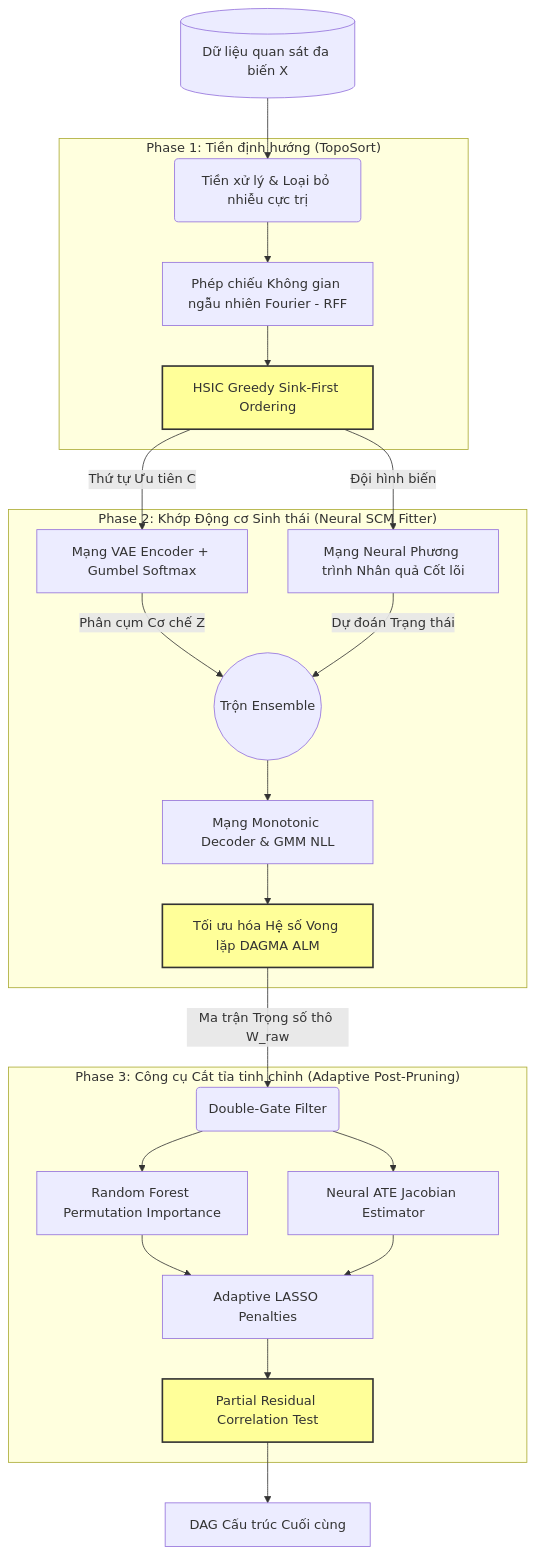
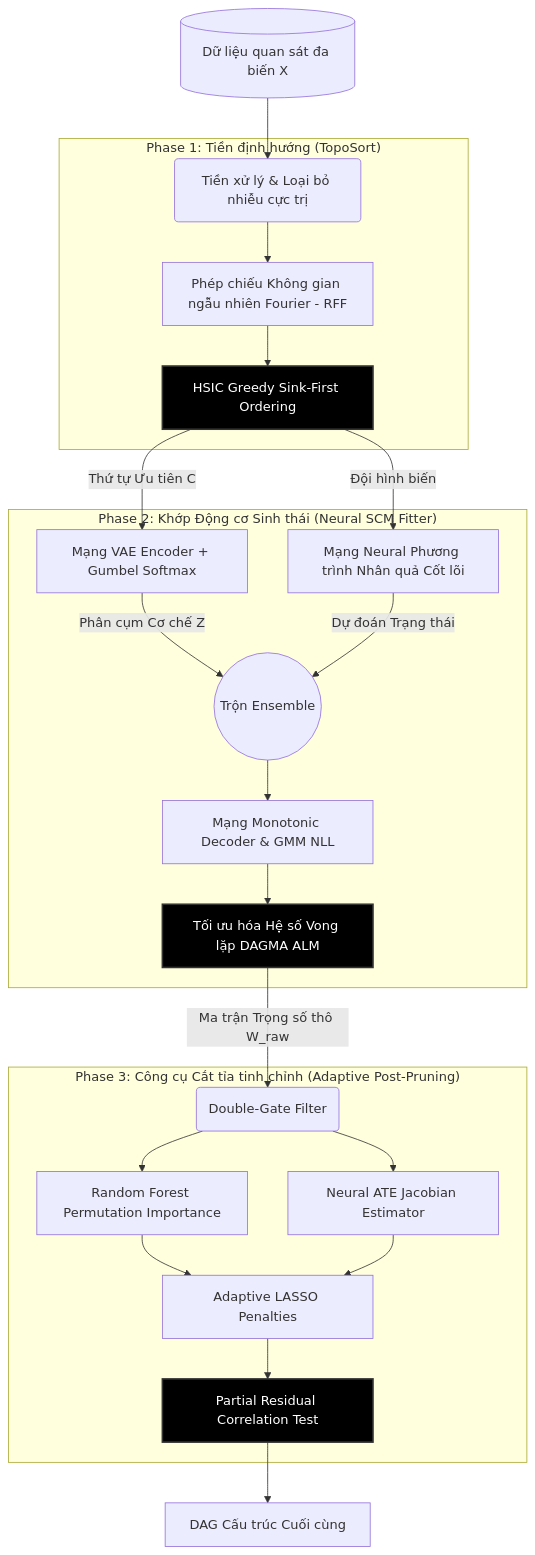
The diagram in docx/Chuong3_MoHinhDeepANM.md (manhthai1706/DeepANM), drawn with Mermaid before and after one commit.

Commit message:
docs: change mermaid highlight background to black with white text

````diff
--- a/docx/Chuong3_MoHinhDeepANM.md
+++ b/docx/Chuong3_MoHinhDeepANM.md
@@ -11,35 +11,35 @@
 ```mermaid
 graph TD
-    classDef highlight fill:#ff9,stroke:#333,stroke-width:2px;
+    classDef highlight fill:#000,color:#fff,stroke:#333,stroke-width:2px;
     classDef sub core fill:#bbf,stroke:#333,stroke-width:2px;
     
     Data[(Dữ liệu quan sát đa biến X)] --> Preprocess(Tiền xử lý & Loại bỏ nhiễu cực trị)
     
     subgraph phase1 ["Phase 1: Tiền định hướng (TopoSort)"]
         Preprocess --> RFF[Phép chiếu Không gian ngẫu nhiên Fourier - RFF]
         RFF --> Sink[HSIC Greedy Sink-First Ordering]
     end
     
     subgraph phase2 ["Phase 2: Khớp Động cơ Sinh thái (Neural SCM Fitter)"]
         Sink -->|Thứ tự Ưu tiên C| Encoder[Mạng VAE Encoder + Gumbel Softmax]
         Sink -->|Đội hình biến| SEM[Mạng Neural Phương trình Nhân quả Cốt lõi]
         Encoder -->|Phân cụm Cơ chế Z| Combine((Trộn Ensemble))
         SEM -->|Dự đoán Trạng thái| Combine
         Combine --> Decoder[Mạng Monotonic Decoder & GMM NLL]
         Decoder --> ALM[Tối ưu hóa Hệ số Vong lặp DAGMA ALM]
     end
     
     subgraph phase3 ["Phase 3: Công cụ Cắt tỉa tinh chỉnh (Adaptive Post-Pruning)"]
         ALM -->|Ma trận Trọng số thô W_raw| DoubleGate(Double-Gate Filter)
         DoubleGate --> RF[Random Forest Permutation Importance]
         DoubleGate --> ATE[Neural ATE Jacobian Estimator]
         RF --> ALasso[Adaptive LASSO Penalties]
         ATE --> ALasso
         ALasso --> CI[Partial Residual Correlation Test]
     end
     
     CI --> Final[DAG Cấu trúc Cuối cùng]
     
     class Sink,ALM,CI highlight;
     class Encoder,SEM,Decoder core;
 ```
````
